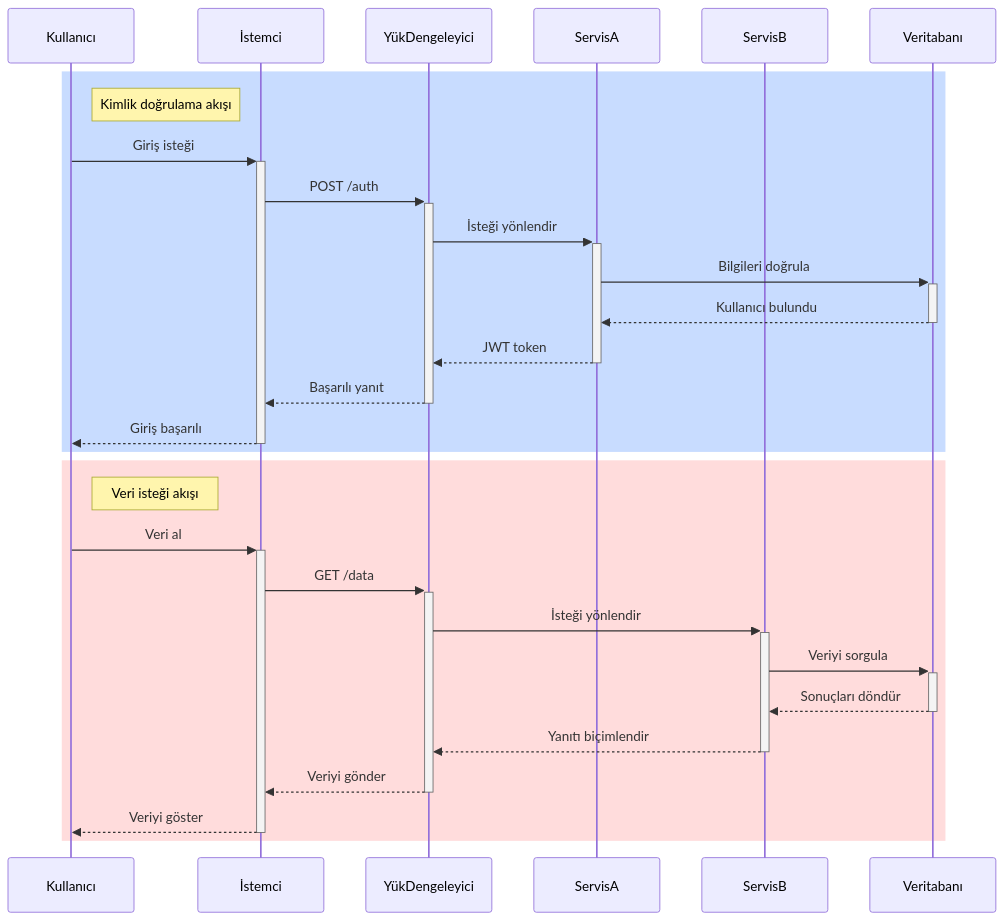
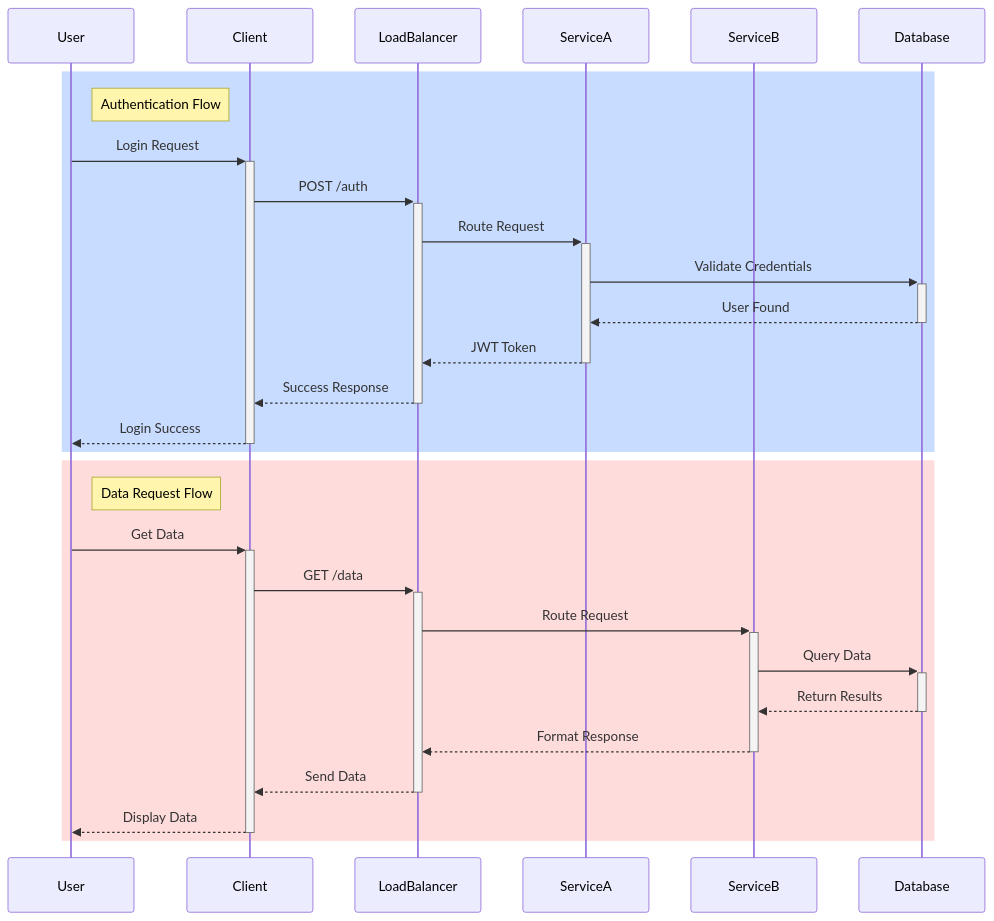
One commit to sametcn99/vitepress-mermaid-renderer changed the second of 30 diagrams in docs/content/tr/examples/advanced.md. Above: the diagram before and after it, drawn with Mermaid. The commit also changed other lines of this file and 19 other files, not shown here.

````diff
--- a/docs/content/tr/examples/advanced.md
+++ b/docs/content/tr/examples/advanced.md
@@ -34,33 +33,33 @@
 ```mermaid
 sequenceDiagram
-    participant User as Kullanıcı
-    participant Client as İstemci
-    participant LoadBalancer as YükDengeleyici
-    participant ServiceA as ServisA
-    participant ServiceB as ServisB
-    participant Database as Veritabanı
+    participant User
+    participant Client
+    participant LoadBalancer
+    participant ServiceA
+    participant ServiceB
+    participant Database
 
     rect rgb(200, 220, 255)
-    note right of User: Kimlik doğrulama akışı
-    User->>+Client: Giriş isteği
+    note right of User: Authentication Flow
+    User->>+Client: Login Request
     Client->>+LoadBalancer: POST /auth
-    LoadBalancer->>+ServiceA: İsteği yönlendir
-    ServiceA->>+Database: Bilgileri doğrula
-    Database-->>-ServiceA: Kullanıcı bulundu
-    ServiceA-->>-LoadBalancer: JWT token
-    LoadBalancer-->>-Client: Başarılı yanıt
-    Client-->>-User: Giriş başarılı
+    LoadBalancer->>+ServiceA: Route Request
+    ServiceA->>+Database: Validate Credentials
+    Database-->>-ServiceA: User Found
+    ServiceA-->>-LoadBalancer: JWT Token
+    LoadBalancer-->>-Client: Success Response
+    Client-->>-User: Login Success
     end
 
     rect rgb(255, 220, 220)
-    note right of User: Veri isteği akışı
-    User->>+Client: Veri al
+    note right of User: Data Request Flow
+    User->>+Client: Get Data
     Client->>+LoadBalancer: GET /data
-    LoadBalancer->>+ServiceB: İsteği yönlendir
-    ServiceB->>+Database: Veriyi sorgula
-    Database-->>-ServiceB: Sonuçları döndür
-    ServiceB-->>-LoadBalancer: Yanıtı biçimlendir
-    LoadBalancer-->>-Client: Veriyi gönder
-    Client-->>-User: Veriyi göster
+    LoadBalancer->>+ServiceB: Route Request
+    ServiceB->>+Database: Query Data
+    Database-->>-ServiceB: Return Results
+    ServiceB-->>-LoadBalancer: Format Response
+    LoadBalancer-->>-Client: Send Data
+    Client-->>-User: Display Data
     end
 ```
````
